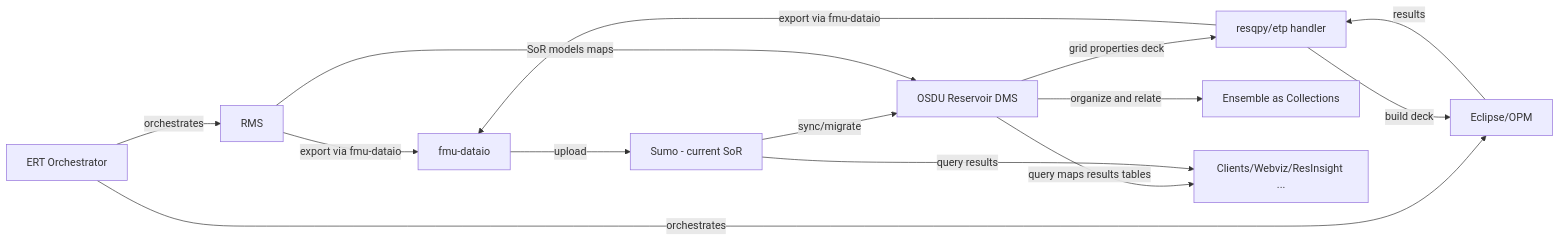
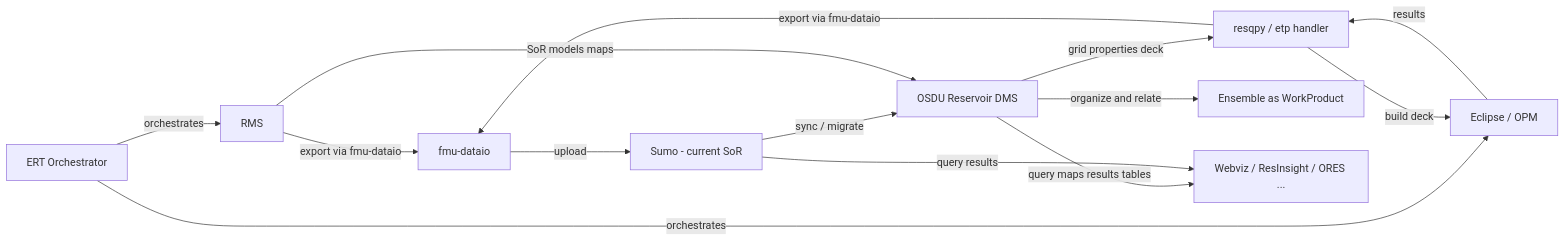
Before and after one commit to marcusapel/ores: the second of 4 diagrams in md/FmuOsdu.md, drawn with Mermaid. The commit also changed other lines of this file and 1 other file, not shown here.

````diff
--- a/md/FmuOsdu.md
+++ b/md/FmuOsdu.md
@@ -187,26 +417,26 @@
-``` mermaid
+```mermaid
 flowchart LR
   ERT[ERT Orchestrator]
   RMS[RMS]
   DATAIO[fmu-dataio]
-  RESQPY[resqpy/etp handler]
-  ECL[Eclipse/OPM]
+  RESQPY[resqpy / etp handler]
+  ECL[Eclipse / OPM]
   SUMO[Sumo - current SoR]
   OSDU[OSDU Reservoir DMS]
-  COLL[Ensemble as Collections]
-  CLIENTS[Clients/Webviz/ResInsight ...]
+  COLL[Ensemble as WorkProduct]
+  CLIENTS[Webviz / ResInsight / ORES ...]
 
   ERT -- orchestrates --> RMS
   ERT -- orchestrates --> ECL
   RMS -- export via fmu-dataio --> DATAIO
   ECL -- results --> RESQPY
   RESQPY -- export via fmu-dataio --> DATAIO
   DATAIO -- upload --> SUMO
-  SUMO -- sync/migrate --> OSDU
+  SUMO -- sync / migrate --> OSDU
   OSDU -- grid properties deck --> RESQPY
   RESQPY -- build deck --> ECL
   OSDU -- organize and relate --> COLL
   OSDU -- query maps results tables --> CLIENTS
   SUMO -- query results --> CLIENTS
   RMS -- SoR models maps --> OSDU
 ```
````
